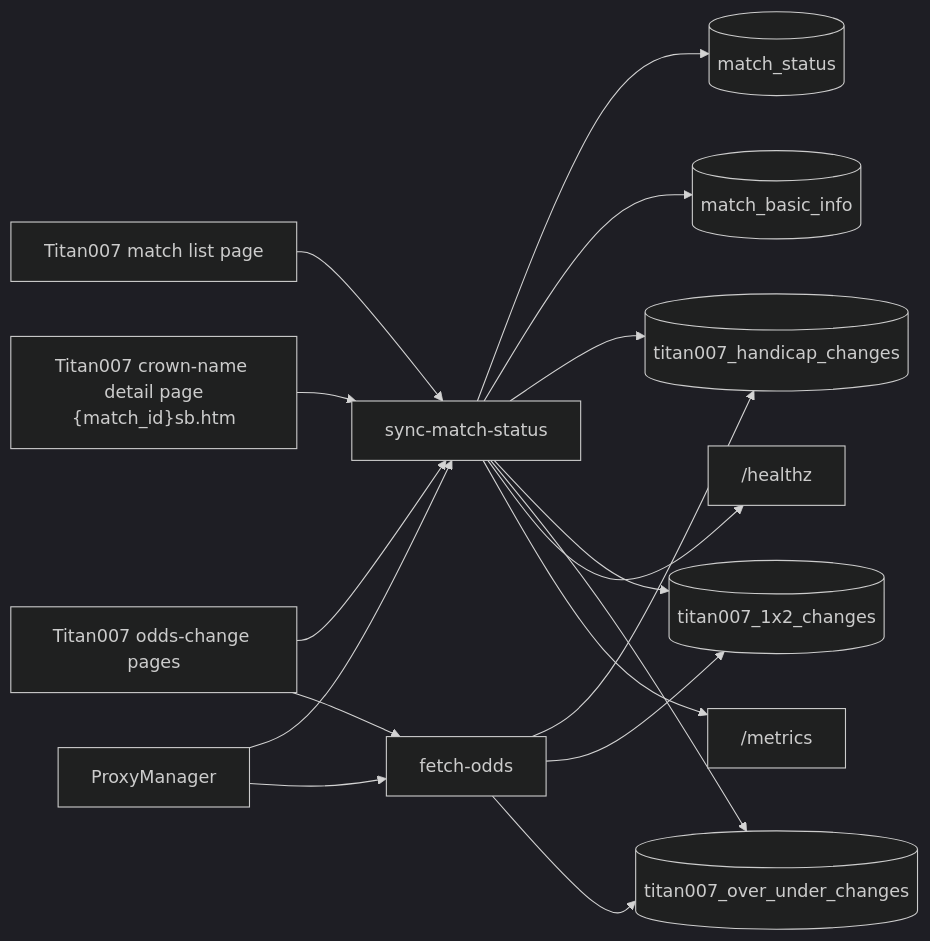
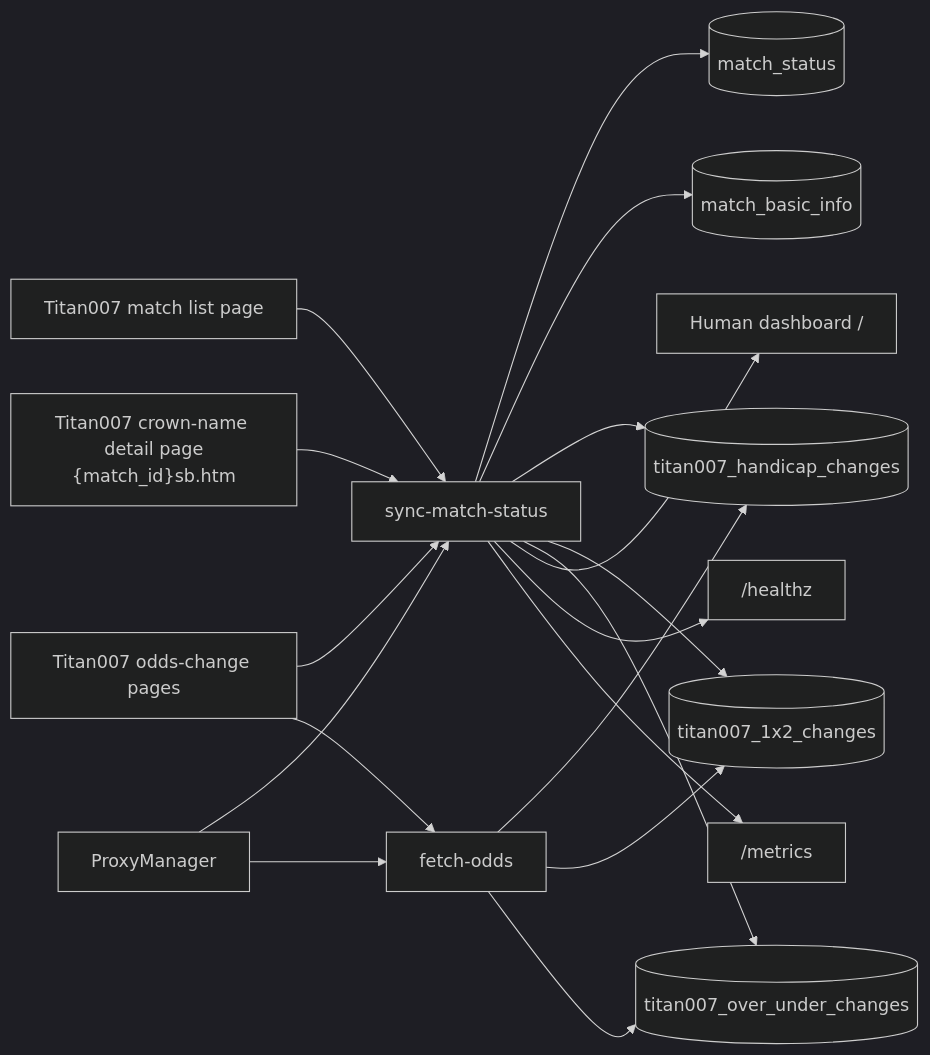
One commit to adam-zou/football2607 changed the first of 4 diagrams in docs/architecture/code-flow.md. Above: the diagram before and after it, drawn with Mermaid (dark theme). The commit also changed other lines of this file and 9 other files, not shown here.

Commit message:
Improve match sync queues and status dashboard

````diff
--- a/docs/architecture/code-flow.md
+++ b/docs/architecture/code-flow.md
@@ -9,35 +9,37 @@
 ```mermaid
 flowchart LR
     TitanList["Titan007 match list page"]
     TitanDetail["Titan007 crown-name detail page<br/>{match_id}sb.htm"]
     TitanOdds["Titan007 odds-change pages"]
 
     SyncMatches["sync-match-status"]
     FetchOdds["fetch-odds"]
     Proxy["ProxyManager"]
+    Dashboard["Human dashboard /"]
     Health["/healthz"]
     Metrics["/metrics"]
 
     MatchStatus[("match_status")]
     MatchInfo[("match_basic_info")]
     HandicapOdds[("titan007_handicap_changes")]
     OneXTwoOdds[("titan007_1x2_changes")]
     OverUnderOdds[("titan007_over_under_changes")]
 
     TitanList --> SyncMatches
     TitanDetail --> SyncMatches
     TitanOdds --> SyncMatches
     SyncMatches --> MatchStatus
     SyncMatches --> MatchInfo
     SyncMatches --> HandicapOdds
     SyncMatches --> OneXTwoOdds
     SyncMatches --> OverUnderOdds
     Proxy --> SyncMatches
+    SyncMatches --> Dashboard
     SyncMatches --> Health
     SyncMatches --> Metrics
     Proxy --> FetchOdds
     TitanOdds --> FetchOdds
     FetchOdds --> HandicapOdds
     FetchOdds --> OneXTwoOdds
     FetchOdds --> OverUnderOdds
 ```
````
